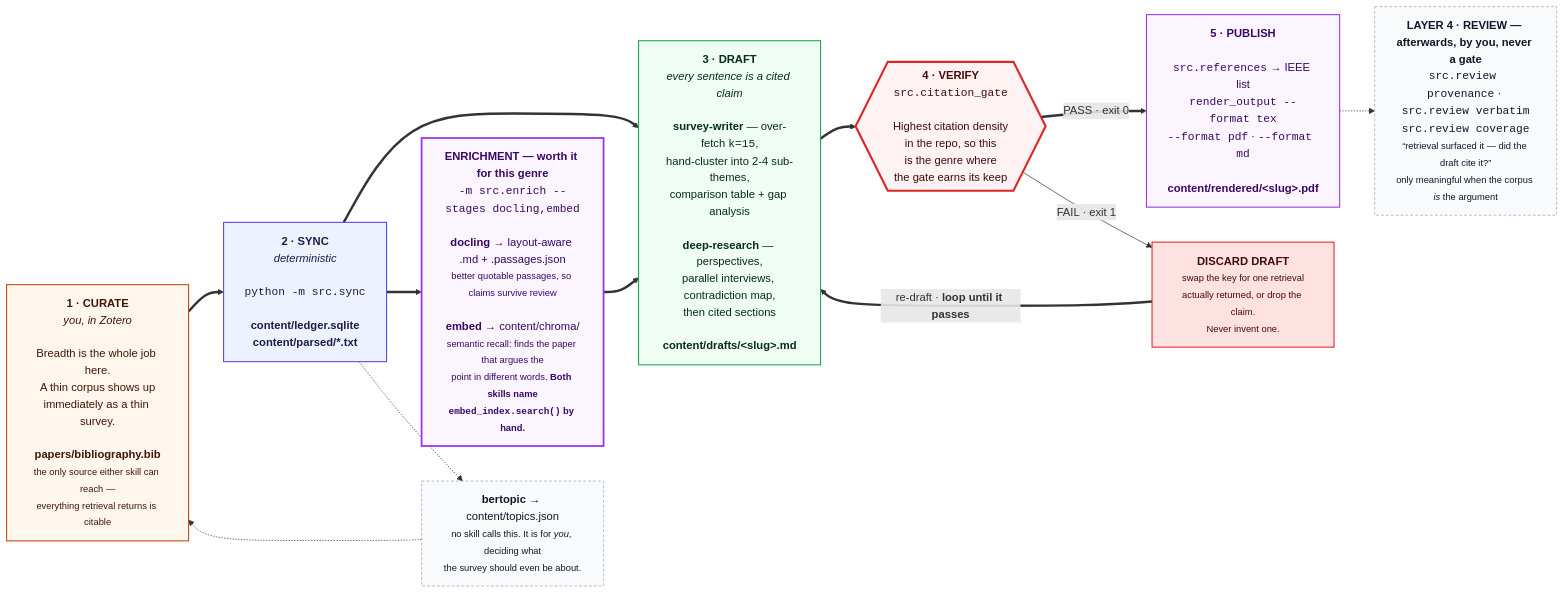
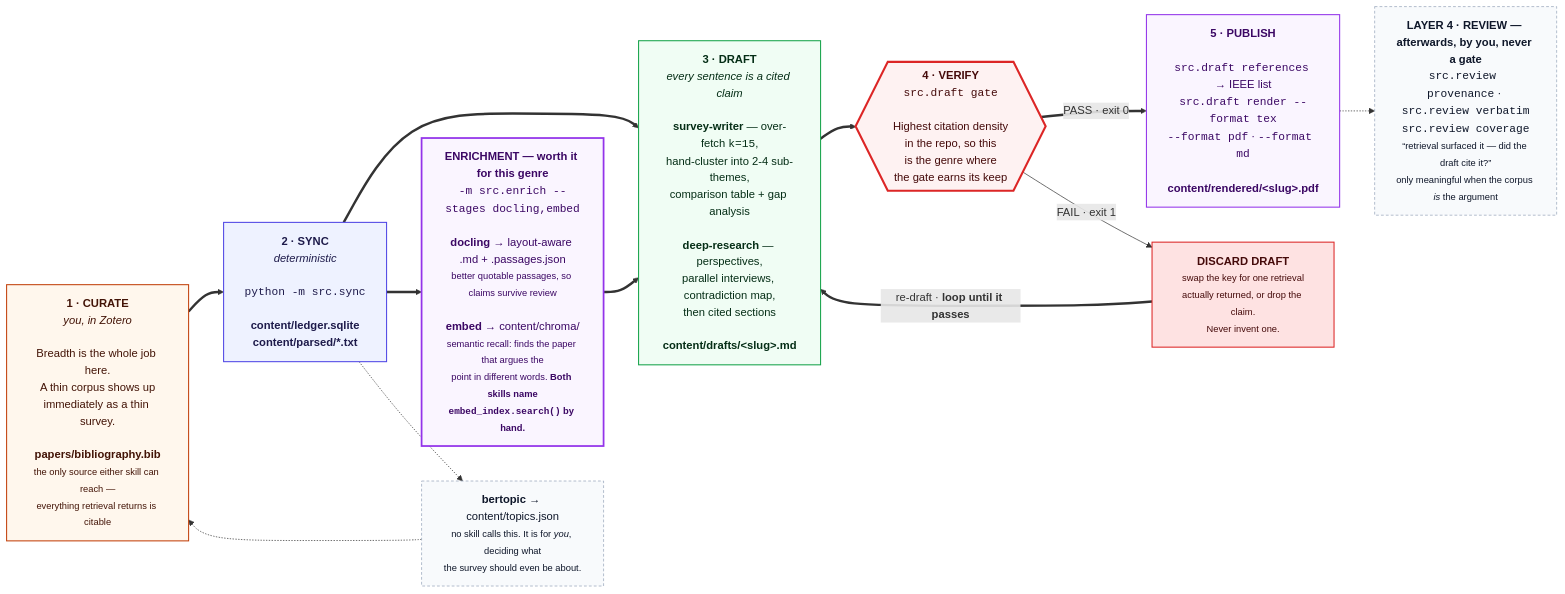
One commit to prasadtalasila/chitragupta changed the seventh of 11 diagrams in docs/DIAGRAMS.md. Above: the diagram before and after it, drawn with Mermaid. The commit also changed other lines of this file and 66 other files, not shown here.

````diff
--- a/docs/DIAGRAMS.md
+++ b/docs/DIAGRAMS.md
@@ -631,47 +631,47 @@
 ```mermaid
 flowchart LR
 
   P0["<b>1 · CURATE</b><br/><i>you, in Zotero</i><br/><br/>Breadth is the whole job here.<br/>A thin corpus shows up<br/>immediately as a thin survey.<br/><br/><b>papers/bibliography.bib</b><br/><small>the only source either skill can reach —<br/>everything retrieval returns is citable</small>"]
 
   P1["<b>2 · SYNC</b><br/><i>deterministic</i><br/><br/><code>python -m src.sync</code><br/><br/><b>content/ledger.sqlite</b><br/><b>content/parsed/*.txt</b>"]
 
   HEAVY["<b>ENRICHMENT — worth it for this genre</b><br/><code>-m src.enrich --stages docling,embed</code><br/><br/><b>docling</b> → layout-aware .md + .passages.json<br/><small>better quotable passages, so claims survive review</small><br/><br/><b>embed</b> → content/chroma/<br/><small>semantic recall: finds the paper that argues the<br/>point in different words. <b>Both skills name<br/><code>embed_index.search()</code> by hand.</b></small>"]
 
   P2["<b>3 · DRAFT</b><br/><i>every sentence is a cited claim</i><br/><br/><b>survey-writer</b> — over-fetch <code>k=15</code>,<br/>hand-cluster into 2-4 sub-themes,<br/>comparison table + gap analysis<br/><br/><b>deep-research</b> — perspectives,<br/>parallel interviews, contradiction map,<br/>then cited sections<br/><br/><b>content/drafts/&lt;slug&gt;.md</b>"]
 
-  P3{{"<b>4 · VERIFY</b><br/><code>src.citation_gate</code><br/><br/>Highest citation density<br/>in the repo, so this<br/>is the genre where<br/>the gate earns its keep"}}
+  P3{{"<b>4 · VERIFY</b><br/><code>src.draft gate</code><br/><br/>Highest citation density<br/>in the repo, so this<br/>is the genre where<br/>the gate earns its keep"}}
 
   FIX["<b>DISCARD DRAFT</b><br/><small>swap the key for one retrieval<br/>actually returned, or drop the claim.<br/>Never invent one.</small>"]
 
-  P4["<b>5 · PUBLISH</b><br/><br/><code>src.references</code> → IEEE list<br/><code>render_output --format tex</code><br/><code>--format pdf</code> · <code>--format md</code><br/><br/><b>content/rendered/&lt;slug&gt;.pdf</b>"]
+  P4["<b>5 · PUBLISH</b><br/><br/><code>src.draft references</code> → IEEE list<br/><code>src.draft render --format tex</code><br/><code>--format pdf</code> · <code>--format md</code><br/><br/><b>content/rendered/&lt;slug&gt;.pdf</b>"]
 
   AID["<b>LAYER 4 · REVIEW — afterwards, by you, never a gate</b><br/><code>src.review provenance</code> · <code>src.review verbatim</code><br/><code>src.review coverage</code><br/><small>“retrieval surfaced it — did the draft cite it?”<br/>only meaningful when the corpus <i>is</i> the argument</small>"]
 
   BERT["<b>bertopic</b> → content/topics.json<br/><small>no skill calls this. It is for <i>you</i>, deciding what<br/>the survey should even be about.</small>"]
 
   P0 ==> P1 ==> P2 ==> P3
   P1 ==> HEAVY ==> P2
   P3 == "PASS · exit 0" ==> P4
   P3 -- "FAIL · exit 1" --> FIX
   FIX == "re-draft · <b>loop until it passes</b>" ==> P2
   P4 -.-> AID
   P1 -.-> BERT -.-> P0
 
   classDef you fill:#fff7ed,stroke:#c2410c,stroke-width:1.5px,color:#431407
   classDef det fill:#eef2ff,stroke:#4f46e5,stroke-width:1.5px,color:#1e1b4b
   classDef gen fill:#f0fdf4,stroke:#16a34a,stroke-width:1.5px,color:#052e16
   classDef gate fill:#fef2f2,stroke:#dc2626,stroke-width:3px,color:#450a0a
   classDef out fill:#faf5ff,stroke:#9333ea,stroke-width:1.5px,color:#3b0764
   classDef bad fill:#fee2e2,stroke:#dc2626,stroke-width:1.5px,color:#450a0a
   classDef heavy fill:#faf5ff,stroke:#9333ea,stroke-width:2.5px,color:#3b0764
   classDef aid fill:#f8fafc,stroke:#94a3b8,stroke-dasharray:4 3,color:#0f172a
 
   class P0 you
   class P1 det
   class P2 gen
   class P3 gate
   class P4 out
   class FIX bad
   class HEAVY heavy
   class AID,BERT aid
 ```
````
